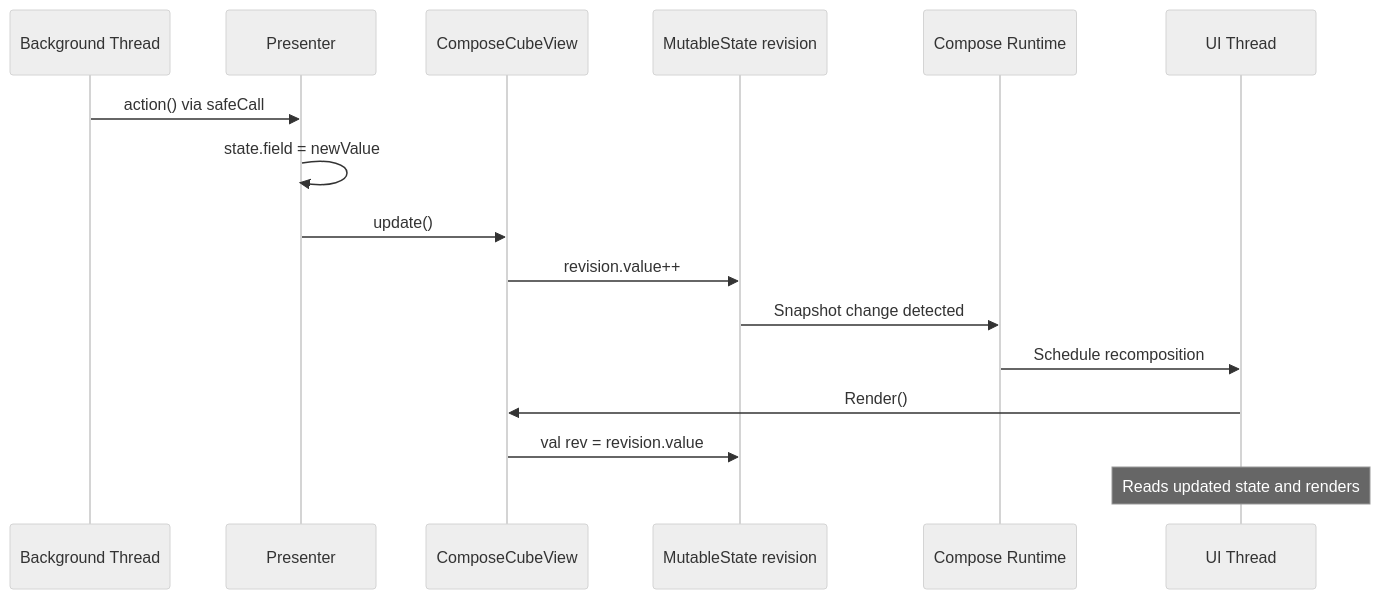
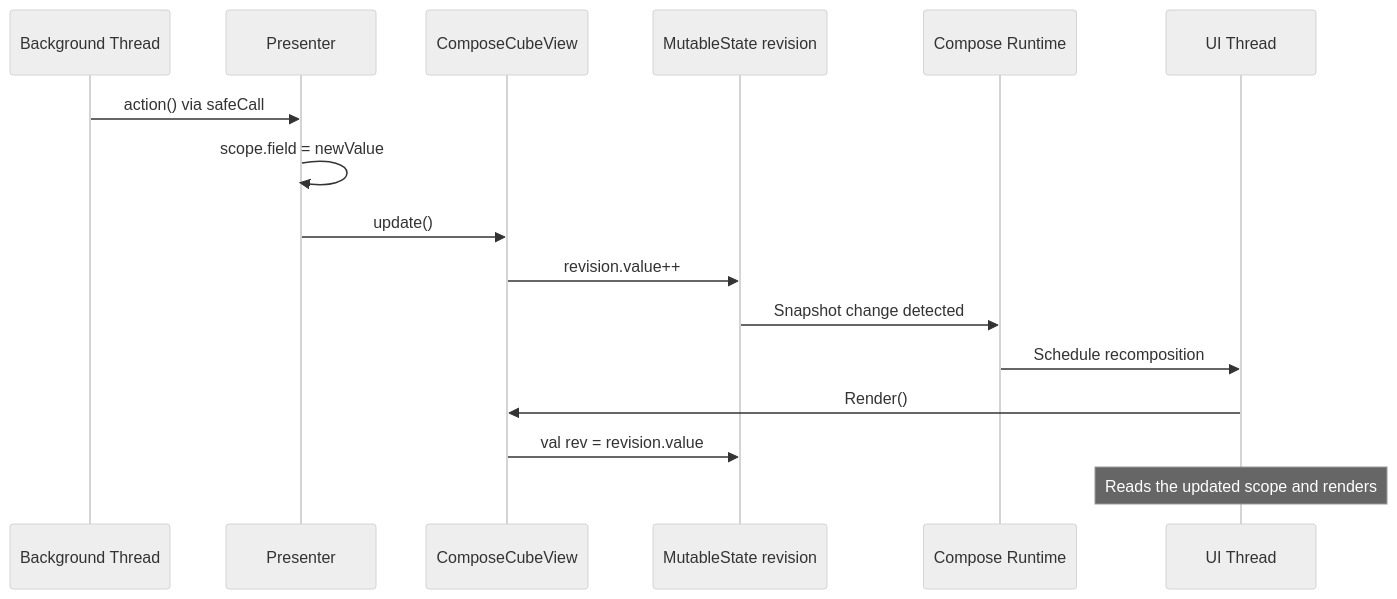
The second of 9 diagrams in docs/architecture-cube-compose.md (mrcdom/wdc-cube-kotlin), drawn with Mermaid (neutral theme) before and after one commit. The commit also changed other lines of this file and 117 other files, not shown here.

````diff
--- a/docs/architecture-cube-compose.md
+++ b/docs/architecture-cube-compose.md
@@ -81,19 +81,19 @@
 ```mermaid
 sequenceDiagram
     participant BG as Background Thread
     participant P as Presenter
     participant V as ComposeCubeView
     participant REV as MutableState revision
     participant C as Compose Runtime
     participant UI as UI Thread
 
     BG->>P: action() via safeCall
-    P->>P: state.field = newValue
+    P->>P: scope.field = newValue
     P->>V: update()
     V->>REV: revision.value++
     REV->>C: Snapshot change detected
     C->>UI: Schedule recomposition
     UI->>V: Render()
     V->>REV: val rev = revision.value
-    Note over UI: Reads updated state and renders
+    Note over UI: Reads the updated scope and renders
 ```
````
